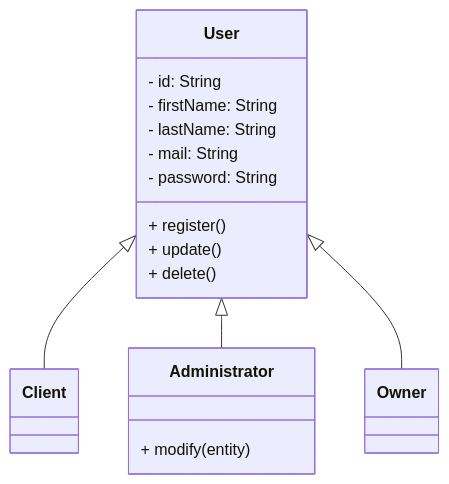
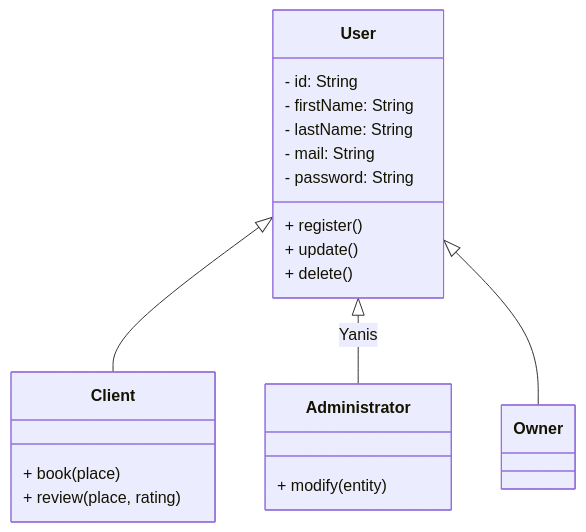
Before and after one commit to LEROY-Yanis/holbertonschool-hbnb: the diagram in task_1.md, drawn with Mermaid.

Commit message:
Add owner name to Administrator and define Client class

````diff
--- a/task_1.md
+++ b/task_1.md
@@ -1,25 +1,28 @@
 ```mermaid
 classDiagram
     direction TD
 
     User <|-- Client
-    User <|-- Administrator
+    User <|-- Administrator : Yanis
     User <|-- Owner
 
     class User{
         - id: String
         - firstName: String
         - lastName: String
         - mail: String
         - password: String
         + register()
         + update()
         + delete()
     }
 
     class Administrator{
         + modify(entity)
     }
 
-    
+    class Client{
+        + book(place)
+        + review(place, rating)
+    }
  ```
````
